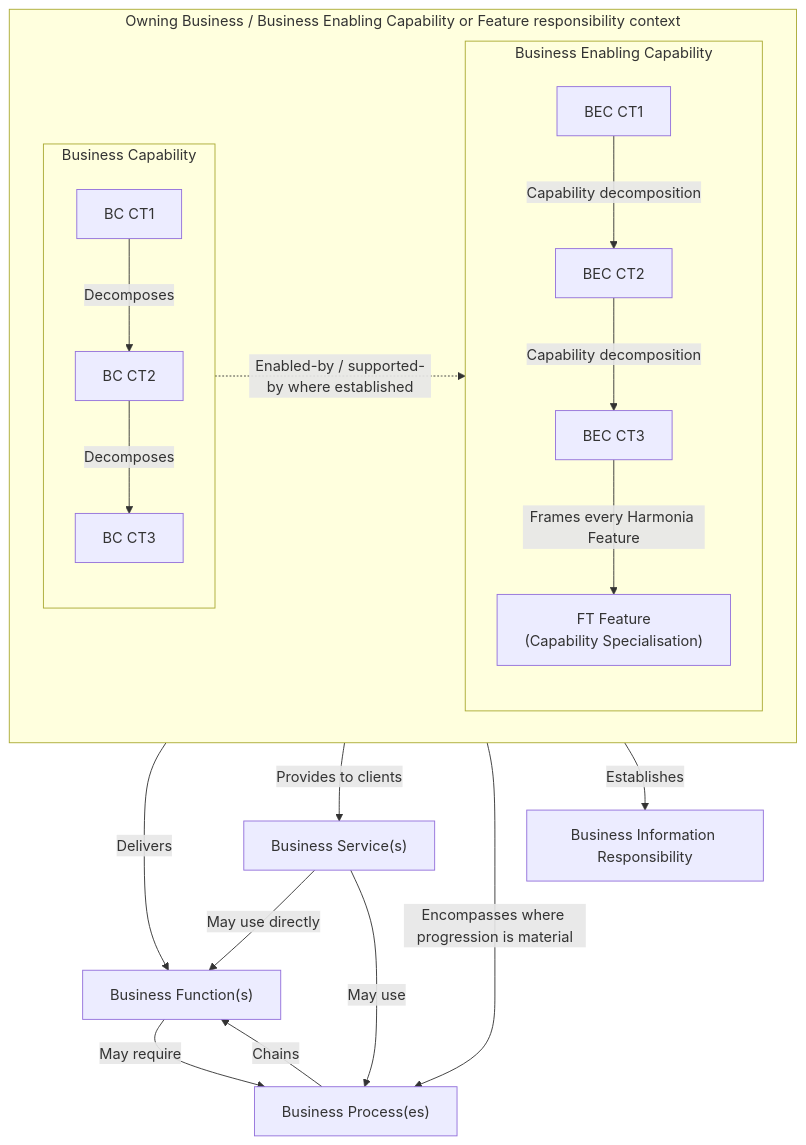
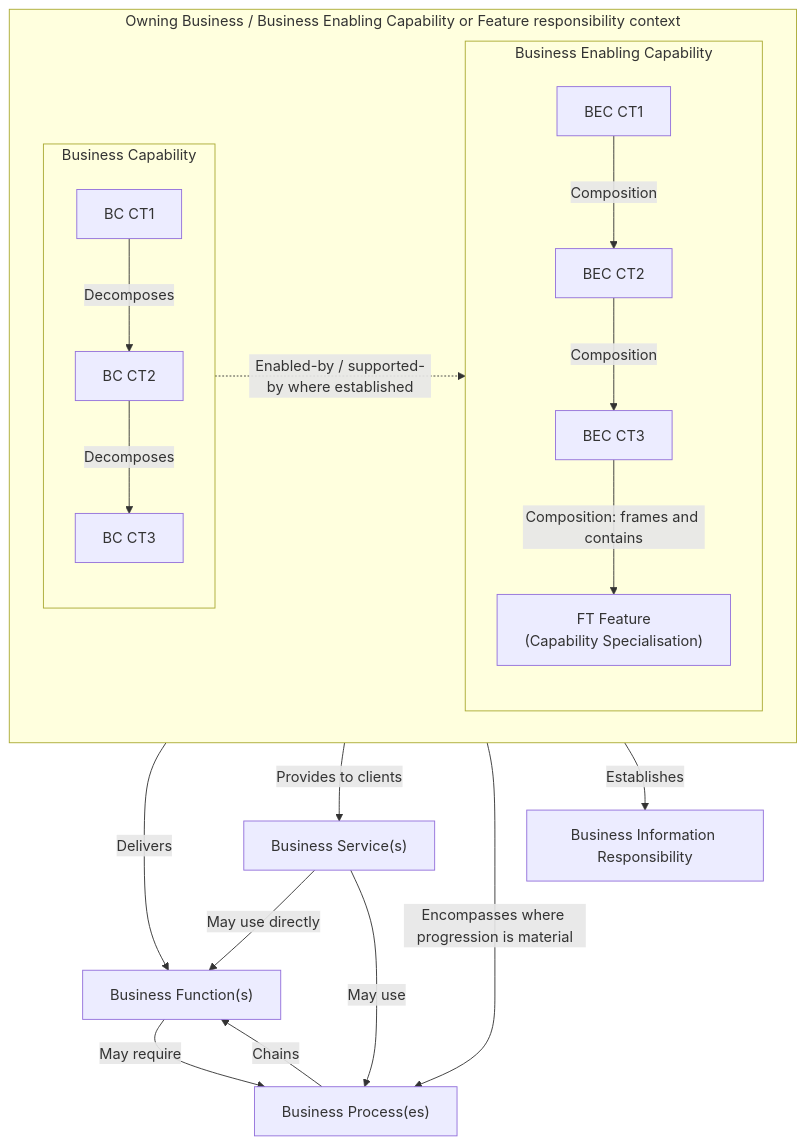
One commit to fhirfactory/harmonia changed the diagram in docs/markdown/03-business-architecture/metamodel/business-architecture-metamodel.md. Above: the diagram before and after it, drawn with Mermaid. The commit also changed other lines of this file and 85 other files, not shown here.

````diff
--- a/docs/markdown/03-business-architecture/metamodel/business-architecture-metamodel.md
+++ b/docs/markdown/03-business-architecture/metamodel/business-architecture-metamodel.md
@@ -7,23 +7,23 @@
 ```mermaid
 graph TD
     subgraph OWNER["Owning Business / Business Enabling Capability or Feature responsibility context"]
         subgraph BC["Business Capability"]
             BC1["BC CT1"] -->|Decomposes| BC2["BC CT2"]
             BC2 -->|Decomposes| BC3["BC CT3"]
         end
         subgraph BEC["Business Enabling Capability"]
-            CT1["BEC CT1"] -->|Capability decomposition| CT2["BEC CT2"]
-            CT2 -->|Capability decomposition| CT3["BEC CT3"]
-            CT3 -->|Frames every Harmonia Feature| FT["FT Feature<br/>(Capability Specialisation)"]
+            CT1["BEC CT1"] -->|Composition| CT2["BEC CT2"]
+            CT2 -->|Composition| CT3["BEC CT3"]
+            CT3 -->|Composition: frames and contains| FT["FT Feature<br/>(Capability Specialisation)"]
         end
         BC -.->|Enabled-by / supported-by where established| BEC
     end
     OWNER -->|Delivers| FUNC["Business Function(s)"]
     OWNER -->|Provides to clients| SERV["Business Service(s)"]
     SERV -->|May use directly| FUNC
     SERV -->|May use| PROC
     FUNC -->|May require| PROC
     PROC -->|Chains| FUNC
     OWNER -->|Encompasses where progression is material| PROC["Business Process(es)"]
     OWNER -->|Establishes| INFO["Business Information Responsibility"]
 ```
````
